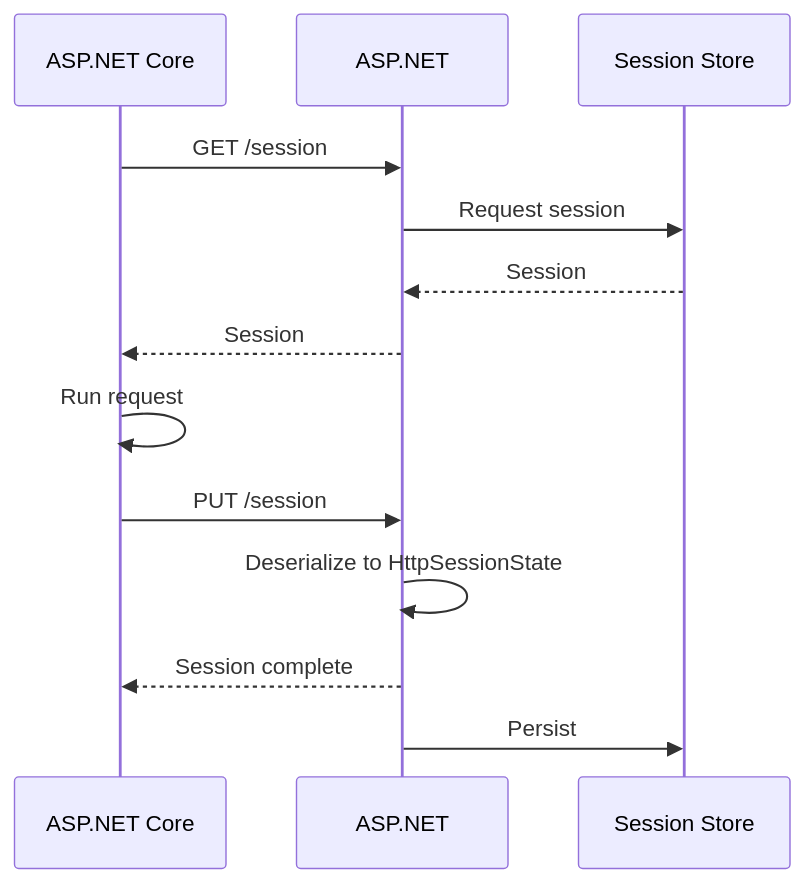
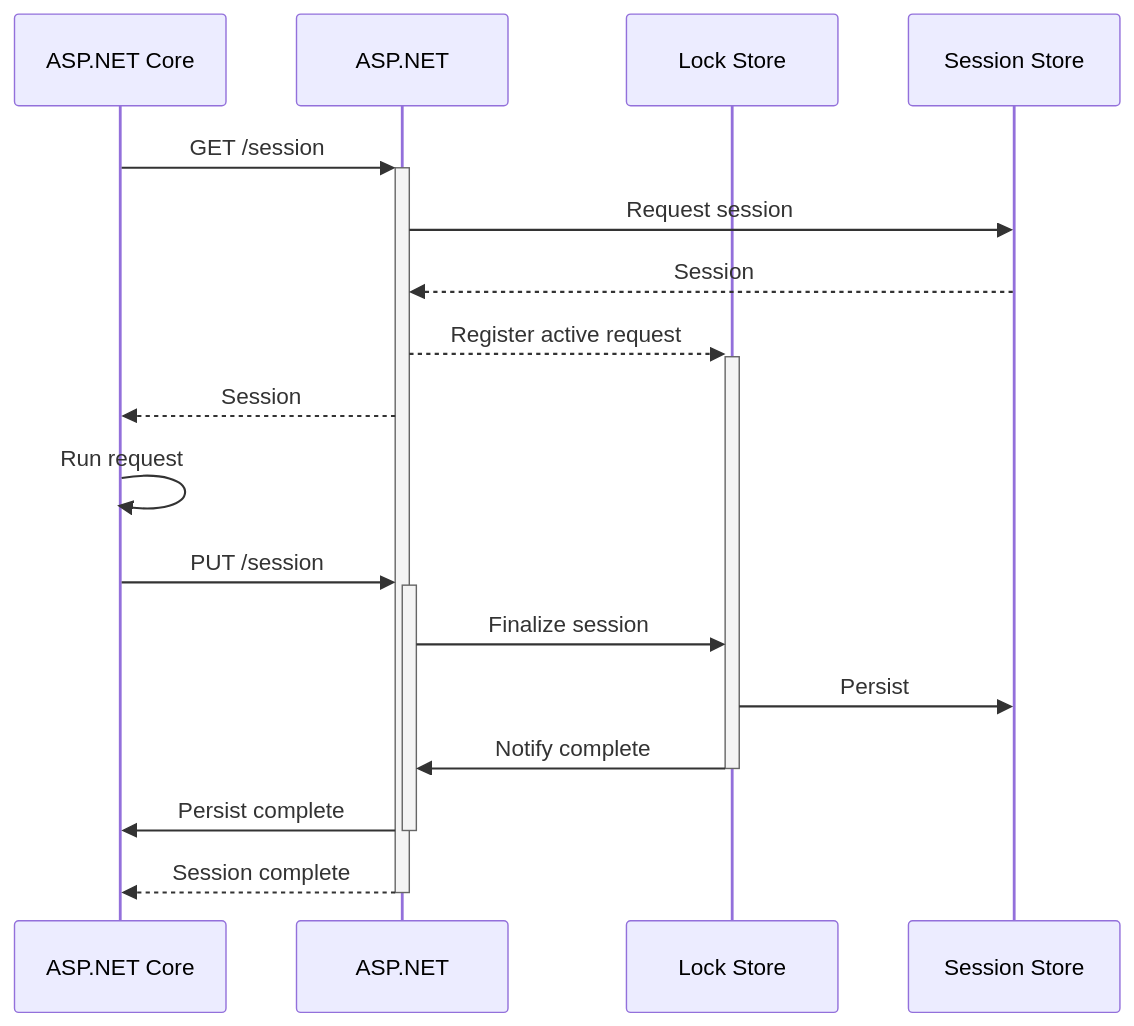
One commit to dotnet/systemweb-adapters changed the third of 3 diagrams in designs/remote-session.md. Above: the diagram before and after it, drawn with Mermaid. The commit also changed other lines of this file, not shown here.

````diff
--- a/designs/remote-session.md
+++ b/designs/remote-session.md
@@ -45,15 +46,19 @@
 ```mermaid
     sequenceDiagram
         participant core as ASP.NET Core
         participant framework as ASP.NET
+        participant store as Lock Store
         participant session as Session Store
-        core ->> framework: GET /session
+        core ->> +framework: GET /session
         framework ->> session: Request session
         session -->> framework: Session
+        framework -->> +store: Register active request
         framework -->> core: Session
         core ->> core: Run request
-        core ->> framework: PUT /session
-        framework ->> framework: Deserialize to HttpSessionState
-        framework -->> core: Session complete
-        framework ->> session: Persist
+        core ->> +framework: PUT /session
+        framework ->> store: Finalize session
+        store ->> session: Persist
+        store ->> -framework: Notify complete
+        framework ->> -core: Persist complete
+        framework -->> -core: Session complete
 ```
````
